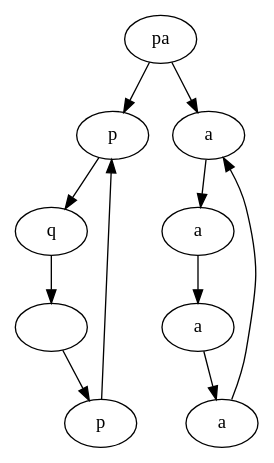
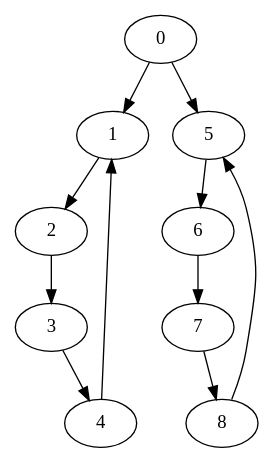
Before and after one commit to apirogov/flat-checker: the diagram in examples/test2.dot, drawn with Graphviz. The commit also changed 8 other files, not shown here.

Commit message:
improved parsing: formulas can have optional parentheses, propositions can be strings, graph annotation is more liberal

```diff
--- a/examples/test2.dot
+++ b/examples/test2.dot
@@ -1,17 +1,17 @@
 /* test case for normal until with the hole in the loop */
 digraph G {
-  0 [label="pa"];
+  0 [props="{p,a}"];
 
-  1 [label="p"];
-  2 [label="q"];
-  3 [label=" "];
-  4 [label="p"];
+  1 [props="{p}"];
+  2 [props="{q}"];
+  3
+  4 [props="{p}"];
 
-  5 [label="a"];
-  6 [label="a"];
-  7 [label="a"];
-  8 [label="a"];
+  5 [props="{a}"];
+  6 [props="{a}"];
+  7 [props="{a}"];
+  8 [props="{a}"];
 
   0 -> 1 -> 2 -> 3 -> 4 -> 1;
   0 -> 5 -> 6 -> 7 -> 8 -> 5;
 }
```
